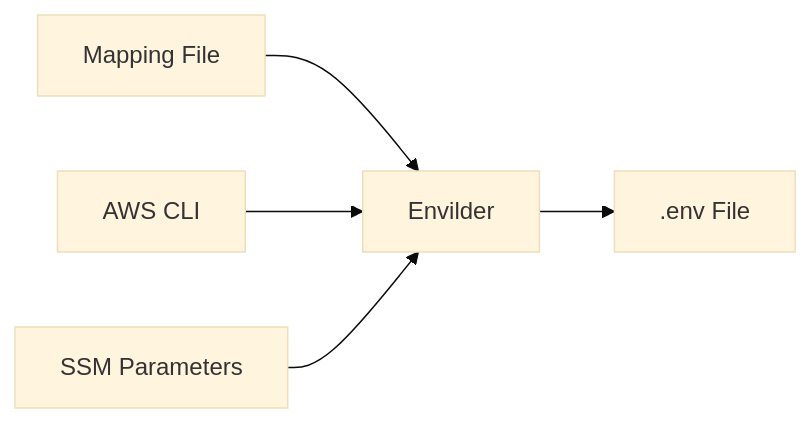
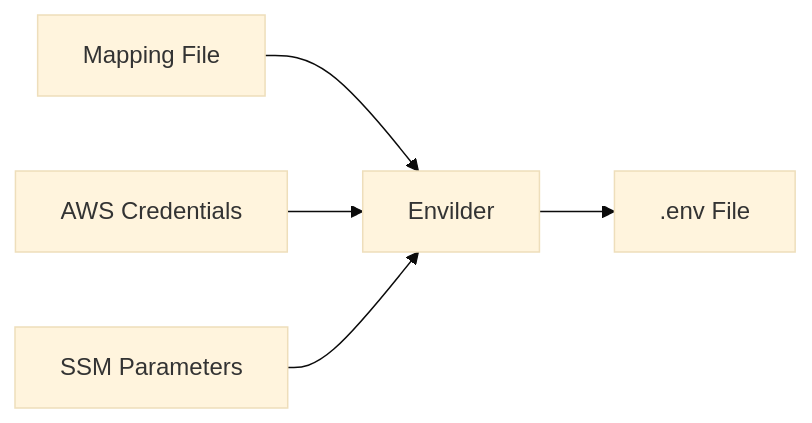
One commit to macalbert/envilder changed the diagram in README.md. Above: the diagram before and after it, drawn with Mermaid (base theme).

Commit message:
docs: update diagram to clarify AWS Credentials reference

````diff
--- a/README.md
+++ b/README.md
@@ -96,7 +96,7 @@
 ```mermaid
 graph LR
     A[Mapping File] --> B[Envilder]
-    C[AWS CLI] --> B
+    C[AWS Credentials] --> B
     B --> D[.env File]
     E[SSM Parameters] --> B
 ```
````
